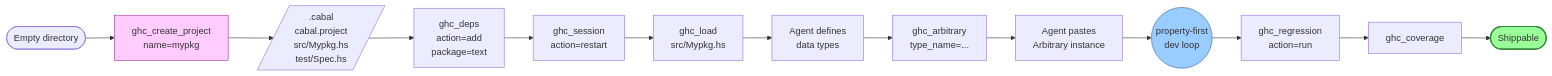
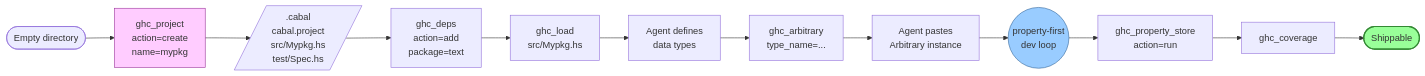
Before and after one commit to damian-rafael-lattenero/haskell-rules-and-mcp: the second of 4 diagrams in docs/flows.md, drawn with Mermaid. The commit also changed other lines of this file and 3 other files, not shown here.

First line of the commit message:
Fix #268: doc-truth — taxonomy/flows match the registry + anti-drift test

````diff
--- a/docs/flows.md
+++ b/docs/flows.md
@@ -59,22 +59,21 @@
 ```mermaid
 flowchart LR
-    empty([Empty directory]) --> create[ghc_create_project<br/>name=mypkg]
+    empty([Empty directory]) --> create[ghc_project<br/>action=create<br/>name=mypkg]
     create --> files[/.cabal<br/>cabal.project<br/>src/Mypkg.hs<br/>test/Spec.hs/]
 
     files --> deps[ghc_deps<br/>action=add<br/>package=text]
-    deps --> restart[ghc_session<br/>action=restart]
-    restart --> first[ghc_load<br/>src/Mypkg.hs]
+    deps --> first[ghc_load<br/>src/Mypkg.hs]
 
     first --> types[Agent defines<br/>data types]
     types --> arb[ghc_arbitrary<br/>type_name=...]
     arb --> paste[Agent pastes<br/>Arbitrary instance]
     paste --> devloop((property-first<br/>dev loop))
 
-    devloop --> allgreen[ghc_regression<br/>action=run]
+    devloop --> allgreen[ghc_property_store<br/>action=run]
     allgreen --> coverage[ghc_coverage]
     coverage --> ship([Shippable])
 
     style create fill:#fcf,stroke:#939
     style devloop fill:#9cf,stroke:#369
     style ship fill:#9f9,stroke:#383,stroke-width:2px
 ```
````
